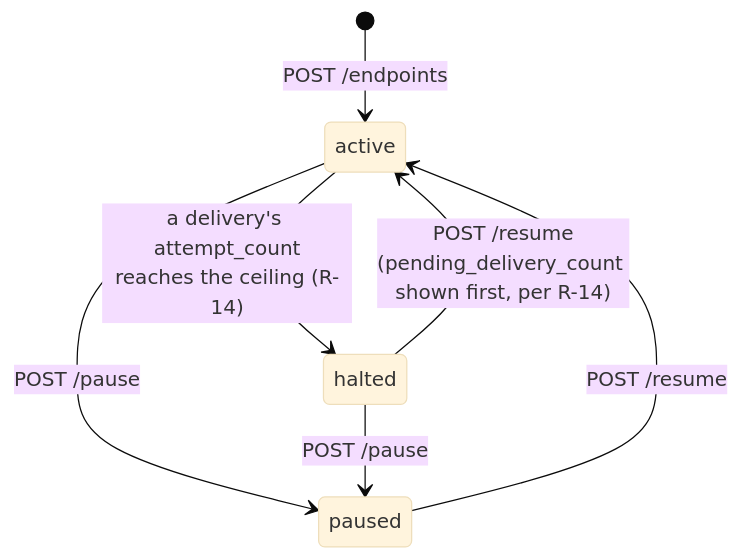
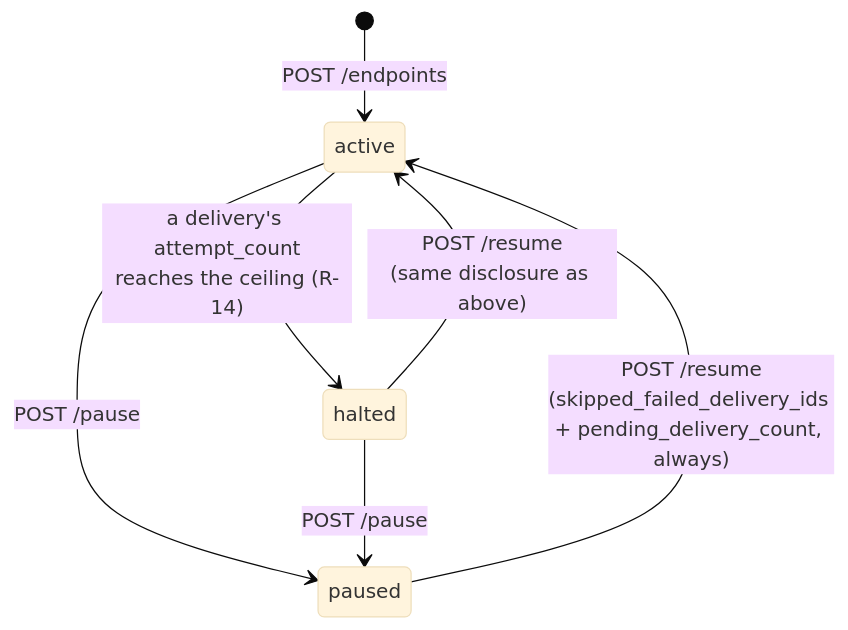
One commit to hyetigran/st6_webhooks changed the seventh of 8 diagrams in ARCHITECTURE.md. Above: the diagram before and after it, drawn with Mermaid (base theme). The commit also changed other lines of this file and 37 other files, not shown here.

````diff
--- a/ARCHITECTURE.md
+++ b/ARCHITECTURE.md
@@ -244,9 +327,9 @@
 ```mermaid
 stateDiagram-v2
     [*] --> active: POST /endpoints
     active --> paused: POST /pause
-    paused --> active: POST /resume
+    paused --> active: POST /resume<br/>(skipped_failed_delivery_ids + pending_delivery_count, always)
     active --> halted: a delivery's attempt_count<br/>reaches the ceiling (R-14)
-    halted --> active: POST /resume<br/>(pending_delivery_count shown first, per R-14)
+    halted --> active: POST /resume<br/>(same disclosure as above)
     halted --> paused: POST /pause
 ```
````
